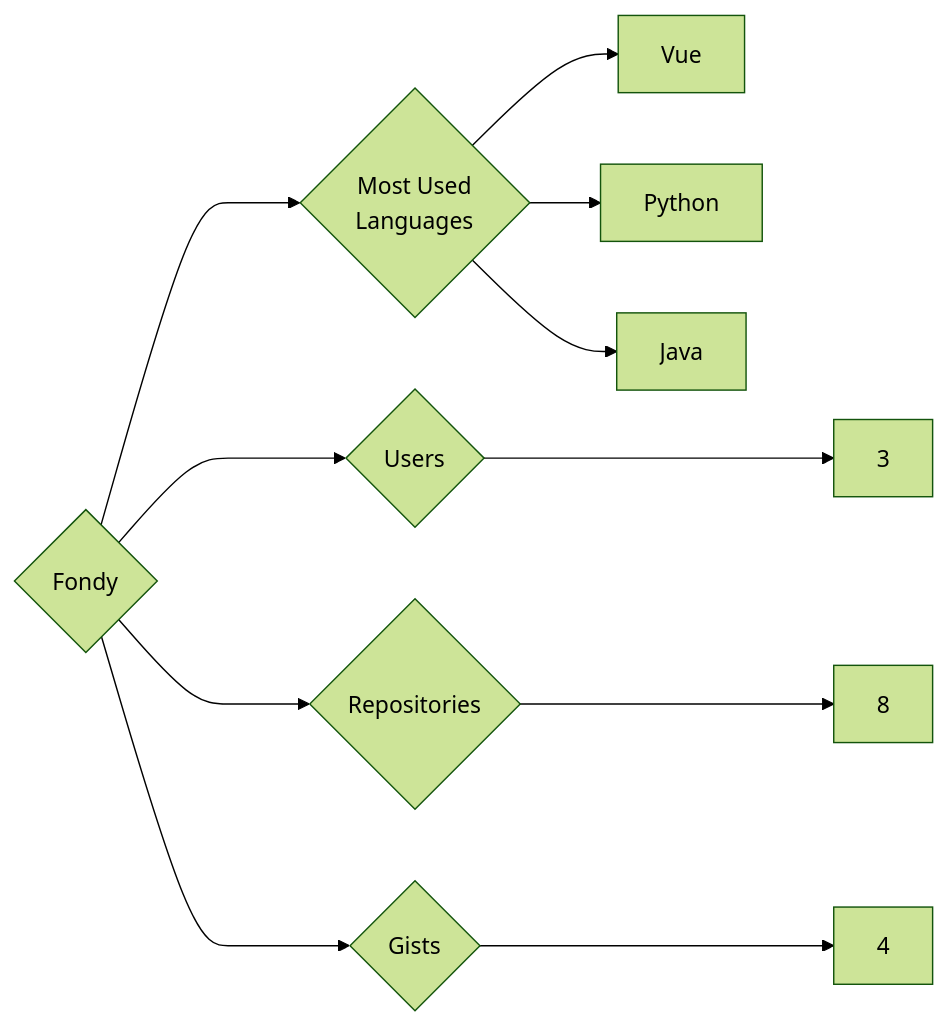
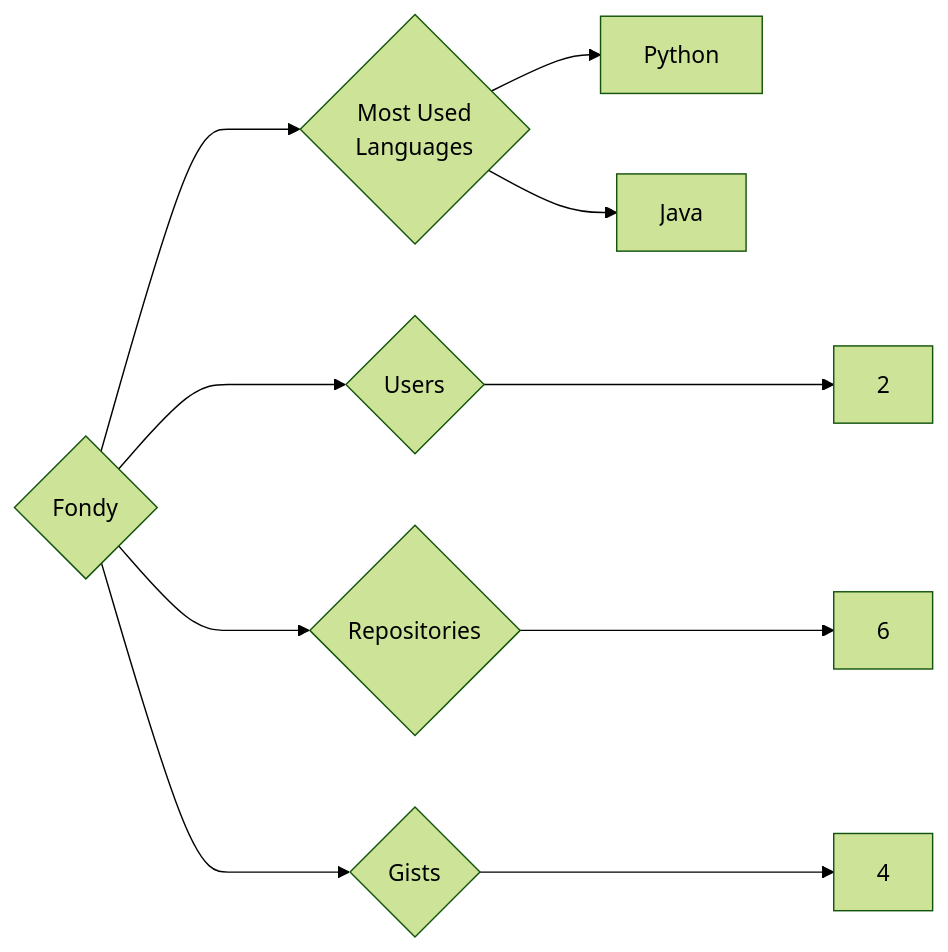
Before and after one commit to trickest/insiders: the diagram in targets/Fondy/README.md, drawn with Mermaid (forest theme). The commit also changed 916 other files, not shown here.

````diff
--- a/targets/Fondy/README.md
+++ b/targets/Fondy/README.md
@@ -3,11 +3,10 @@
 ```mermaid
 graph LR
 COMPANY_NAME{Fondy}
-COMPANY_NAME ---> U{Users} ---> UN[3]
-COMPANY_NAME ---> R{Repositories} ---> RN[8]
+COMPANY_NAME ---> U{Users} ---> UN[2]
+COMPANY_NAME ---> R{Repositories} ---> RN[6]
 COMPANY_NAME ---> G{Gists} ---> GN[4]
 COMPANY_NAME ---> ML{Most Used<br>Languages}
-ML --> Vue[Vue]
 ML --> Python[Python]
 ML --> Java[Java]
 ```
````
